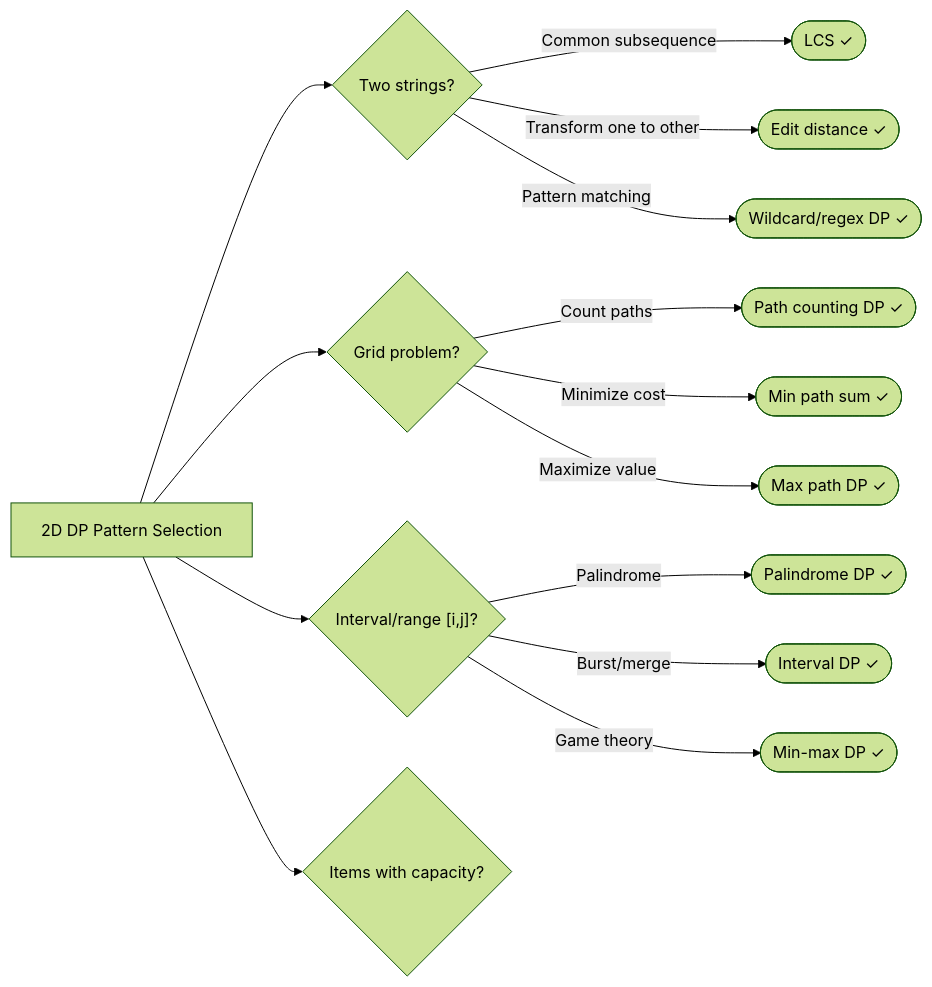
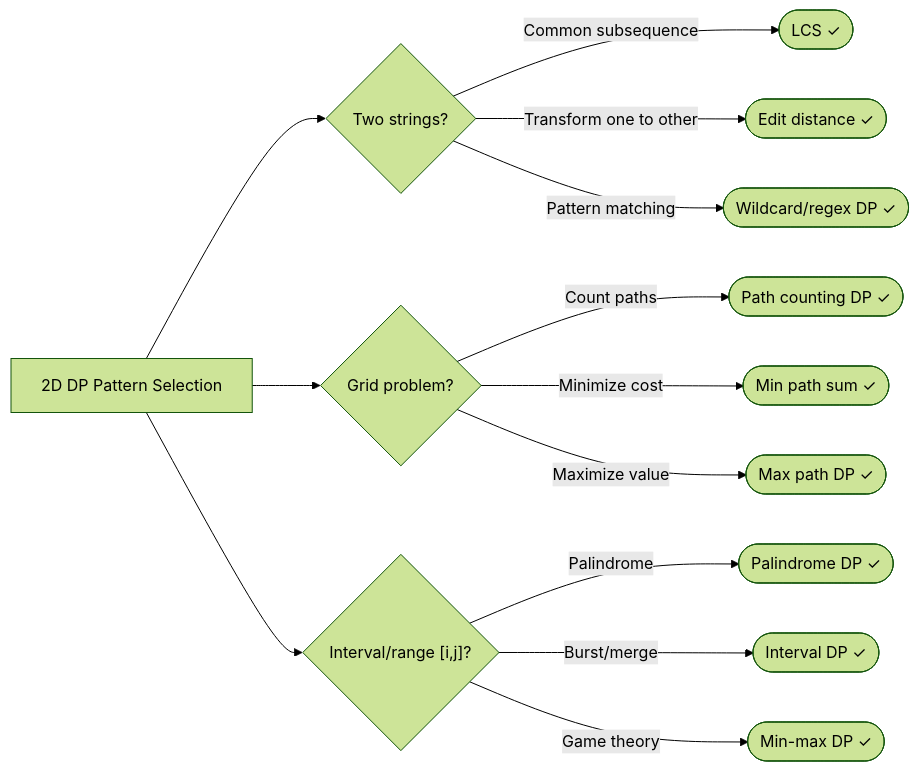
The diagram in docs/dsa/15-dynamic-programming-2d.md (itch-n/docs), drawn with Mermaid (forest theme) before and after one commit. The commit also changed other lines of this file and 35 other files, not shown here.

````diff
--- a/docs/dsa/15-dynamic-programming-2d.md
+++ b/docs/dsa/15-dynamic-programming-2d.md
@@ -1210,31 +993,29 @@
 ```mermaid
 flowchart LR
     Start["2D DP Pattern Selection"]
 
     Q1{"Two strings?"}
     Start --> Q1
     N2(["LCS ✓"])
     Q1 -->|"Common subsequence"| N2
     N3(["Edit distance ✓"])
     Q1 -->|"Transform one to other"| N3
     N4(["Wildcard/regex DP ✓"])
     Q1 -->|"Pattern matching"| N4
     Q5{"Grid problem?"}
     Start --> Q5
     N6(["Path counting DP ✓"])
     Q5 -->|"Count paths"| N6
     N7(["Min path sum ✓"])
     Q5 -->|"Minimize cost"| N7
     N8(["Max path DP ✓"])
     Q5 -->|"Maximize value"| N8
     Q9{"Interval/range [i,j]?"}
     Start --> Q9
     N10(["Palindrome DP ✓"])
     Q9 -->|"Palindrome"| N10
     N11(["Interval DP ✓"])
     Q9 -->|"Burst/merge"| N11
     N12(["Min-max DP ✓"])
     Q9 -->|"Game theory"| N12
-    Q13{"Items with capacity?"}
-    Start --> Q13
 ```
````
